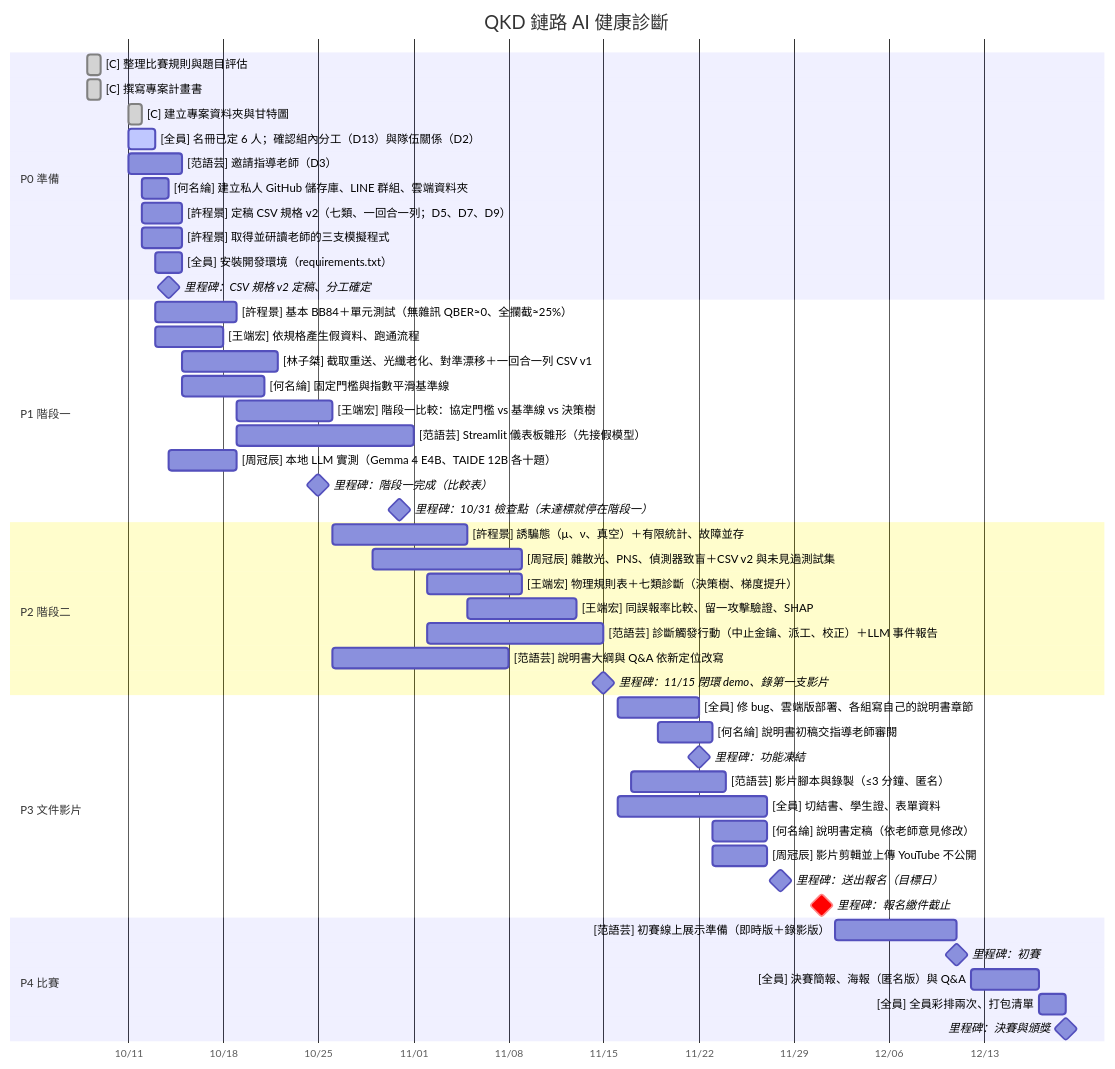
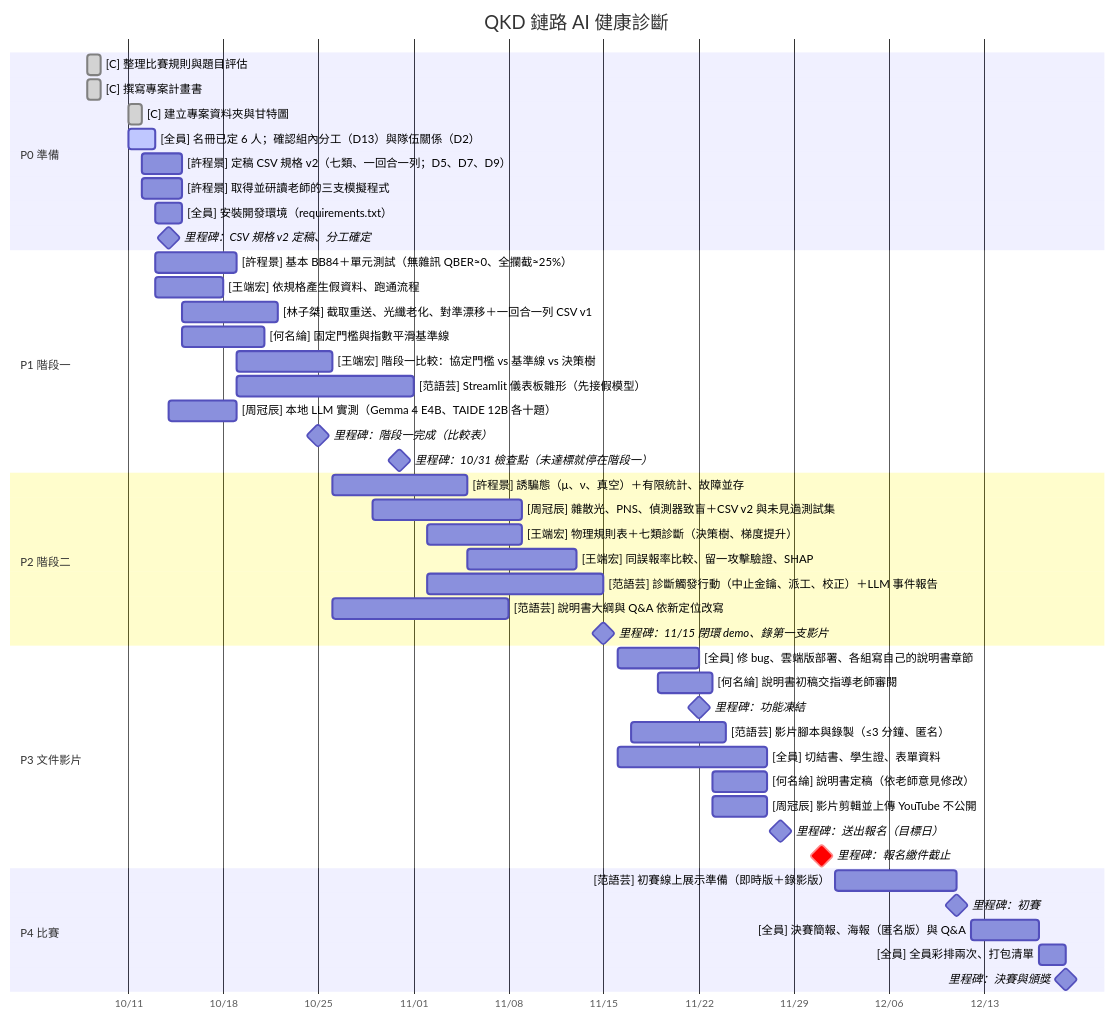
One commit to jaylin0131/ai-competition-2026 changed the diagram in QKD-Eavesdrop-AI/schedule/gantt.md. Above: the diagram before and after it, drawn with Mermaid. The commit also changed other lines of this file and 2 other files, not shown here.

Commit message:
資電組：移除 T05（邀請指導老師）與 T06（建立 GitHub 等），T09 改接 T04

````diff
--- a/QKD-Eavesdrop-AI/schedule/gantt.md
+++ b/QKD-Eavesdrop-AI/schedule/gantt.md
@@ -7,52 +7,50 @@
 ```mermaid
 gantt
     title QKD 鏈路 AI 健康診斷
     dateFormat YYYY-MM-DD
     axisFormat %m/%d
     todayMarker stroke-width:2px,stroke:#d13b3b
     section P0 準備
     [C] 整理比賽規則與題目評估 :done, T01, 2026-10-08, 1d
     [C] 撰寫專案計畫書 :done, T02, 2026-10-08, 1d
     [C] 建立專案資料夾與甘特圖 :done, T03, 2026-10-11, 1d
     [全員] 名冊已定 6 人；確認組內分工（D13）與隊伍關係（D2） :active, T04, 2026-10-11, 2d
-    [范語芸] 邀請指導老師（D3） :T05, 2026-10-11, 4d
-    [何名綸] 建立私人 GitHub 儲存庫、LINE 群組、雲端資料夾 :T06, 2026-10-12, 2d
     [許程景] 定稿 CSV 規格 v2（七類、一回合一列；D5、D7、D9） :T07, 2026-10-12, 3d
     [許程景] 取得並研讀老師的三支模擬程式 :T08, 2026-10-12, 3d
     [全員] 安裝開發環境（requirements.txt） :T09, 2026-10-13, 2d
     里程碑：CSV 規格 v2 定稿、分工確定 :milestone, M1, 2026-10-14, 0d
     section P1 階段一
     [許程景] 基本 BB84＋單元測試（無雜訊 QBER≈0、全攔截≈25%） :A1, 2026-10-13, 6d
     [王端宏] 依規格產生假資料、跑通流程 :B1, 2026-10-13, 5d
     [林子桀] 截取重送、光纖老化、對準漂移＋一回合一列 CSV v1 :A2, 2026-10-15, 7d
     [何名綸] 固定門檻與指數平滑基準線 :B2, 2026-10-15, 6d
     [王端宏] 階段一比較：協定門檻 vs 基準線 vs 決策樹 :B3, 2026-10-19, 7d
     [范語芸] Streamlit 儀表板雛形（先接假模型） :C1, 2026-10-19, 13d
     [周冠辰] 本地 LLM 實測（Gemma 4 E4B、TAIDE 12B 各十題） :C2, 2026-10-14, 5d
     里程碑：階段一完成（比較表） :milestone, M2, 2026-10-25, 0d
     里程碑：10/31 檢查點（未達標就停在階段一） :milestone, M3, 2026-10-31, 0d
     section P2 階段二
     [許程景] 誘騙態（μ、ν、真空）＋有限統計、故障並存 :A3, 2026-10-26, 10d
     [周冠辰] 雜散光、PNS、偵測器致盲＋CSV v2 與未見過測試集 :A4, 2026-10-29, 11d
     [王端宏] 物理規則表＋七類診斷（決策樹、梯度提升） :B4, 2026-11-02, 7d
     [王端宏] 同誤報率比較、留一攻擊驗證、SHAP :B5, 2026-11-05, 8d
     [范語芸] 診斷觸發行動（中止金鑰、派工、校正）＋LLM 事件報告 :C3, 2026-11-02, 13d
     [范語芸] 說明書大綱與 Q&A 依新定位改寫 :C4, 2026-10-26, 13d
     里程碑：11/15 閉環 demo、錄第一支影片 :milestone, M4, 2026-11-15, 0d
     section P3 文件影片
     [全員] 修 bug、雲端版部署、各組寫自己的說明書章節 :D1, 2026-11-16, 6d
     [何名綸] 說明書初稿交指導老師審閱 :D2, 2026-11-19, 4d
     里程碑：功能凍結 :milestone, M5, 2026-11-22, 0d
     [范語芸] 影片腳本與錄製（≤3 分鐘、匿名） :D3, 2026-11-17, 7d
     [全員] 切結書、學生證、表單資料 :D4, 2026-11-16, 11d
     [何名綸] 說明書定稿（依老師意見修改） :D5, 2026-11-23, 4d
     [周冠辰] 影片剪輯並上傳 YouTube 不公開 :D6, 2026-11-23, 4d
     里程碑：送出報名（目標日） :milestone, M6, 2026-11-28, 0d
     里程碑：報名繳件截止 :crit, milestone, M7, 2026-12-01, 0d
     section P4 比賽
     [范語芸] 初賽線上展示準備（即時版＋錄影版） :E1, 2026-12-02, 9d
     里程碑：初賽 :milestone, M8, 2026-12-11, 0d
     [全員] 決賽簡報、海報（匿名版）與 Q&A :E2, 2026-12-12, 5d
     [全員] 全員彩排兩次、打包清單 :E3, 2026-12-17, 2d
     里程碑：決賽與頒獎 :milestone, M9, 2026-12-19, 0d
 ```
````
